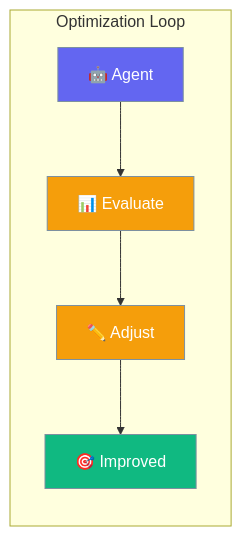
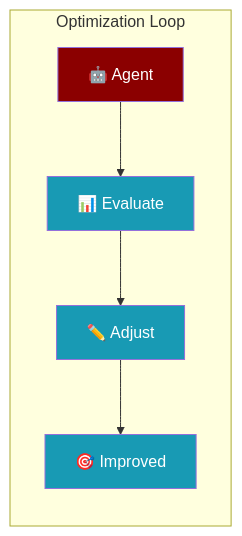
Before and after one commit to MervinPraison/PraisonAIDocs: the first of 2 diagrams in docs/js/optimizer.mdx, drawn with Mermaid. The commit also changed 14 other files, not shown here.

````diff
--- a/docs/js/optimizer.mdx
+++ b/docs/js/optimizer.mdx
@@ -10,16 +10,14 @@
 ```mermaid
 graph LR
     subgraph "Optimization Loop"
         A[🤖 Agent] --> B[📊 Evaluate]
         B --> C[✏️ Adjust]
         C --> D[🎯 Improved]
     end
-    
-    classDef agent fill:#6366F1,stroke:#7C90A0,color:#fff
-    classDef process fill:#F59E0B,stroke:#7C90A0,color:#fff
-    classDef result fill:#10B981,stroke:#7C90A0,color:#fff
-    
+
+    classDef agent fill:#8B0000,color:#fff
+    classDef tool fill:#189AB4,color:#fff
+
     class A agent
-    class B,C process
-    class D result
+    class B,C,D tool
 ```
````
